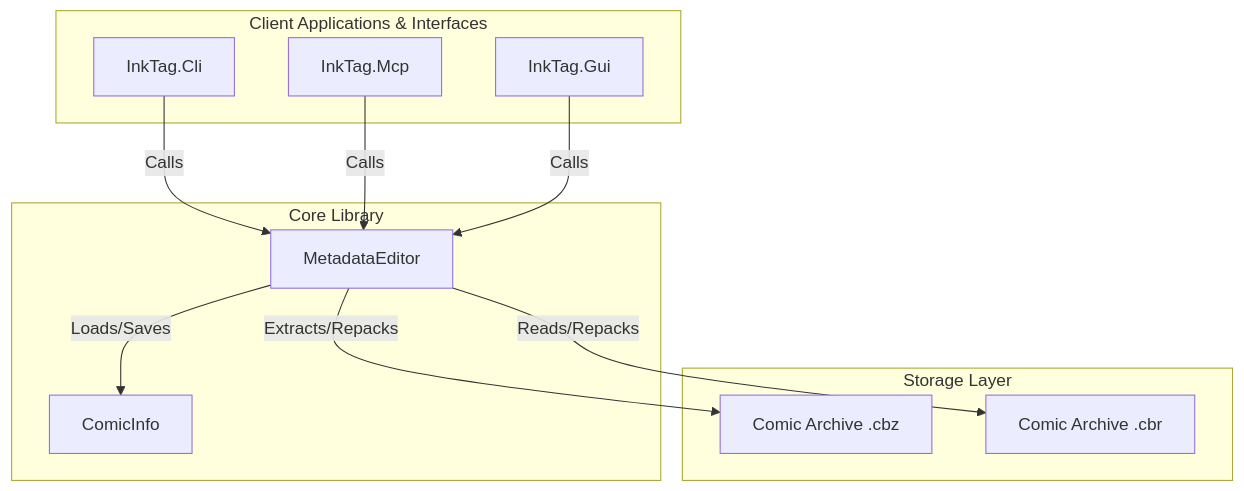
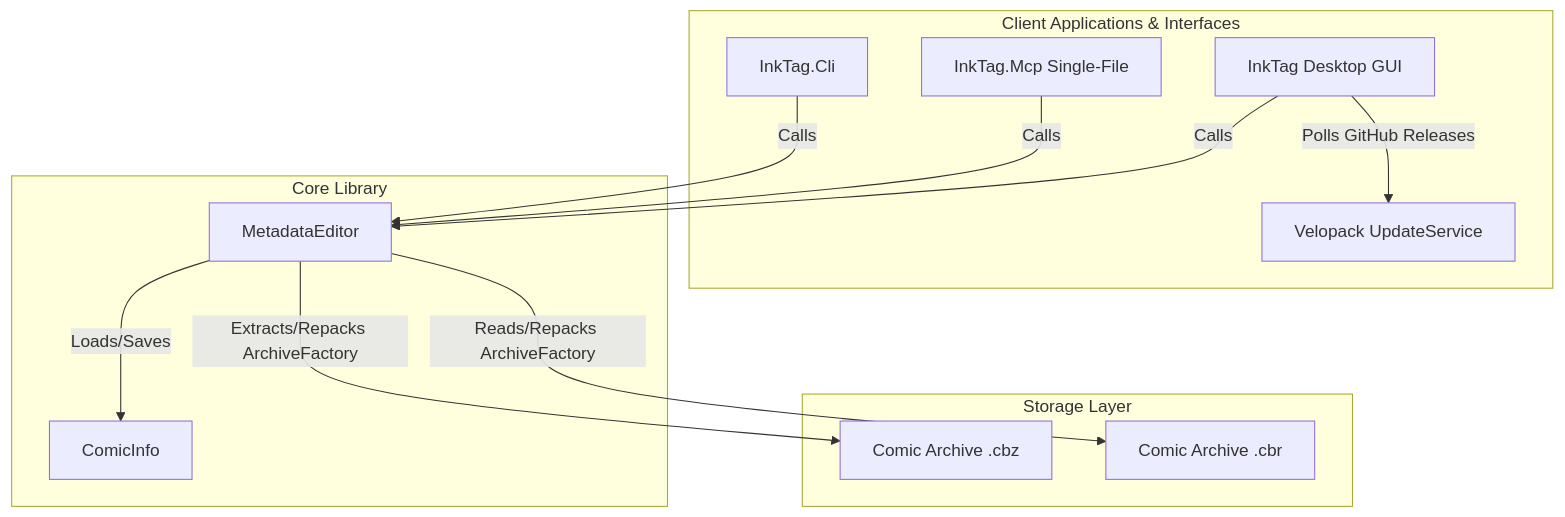
Before and after one commit to aurora7795/ComicMetadataEditor: the diagram in docs/wiki/architecture.md, drawn with Mermaid. The commit also changed other lines of this file and 3 other files, not shown here.

Commit message:
docs: update README.md and project wiki for Velopack auto-updater, ArchiveFactory.OpenArchive, and InkTag Desktop branding

````diff
--- a/docs/wiki/architecture.md
+++ b/docs/wiki/architecture.md
@@ -16,25 +16,27 @@
 ```mermaid
 graph TD
     subgraph Client Applications & Interfaces
         CLI[InkTag.Cli]
-        MCP[InkTag.Mcp]
-        GUI[InkTag.Gui]
+        MCP[InkTag.Mcp Single-File]
+        GUI[InkTag Desktop GUI]
+        UPD[Velopack UpdateService]
     end
 
     subgraph Core Library
         ME[MetadataEditor]
         CI[ComicInfo]
     end
 
     subgraph Storage Layer
         CBZ[Comic Archive .cbz]
         CBR[Comic Archive .cbr]
     end
 
     CLI -->|Calls| ME
     MCP -->|Calls| ME
     GUI -->|Calls| ME
+    GUI -->|Polls GitHub Releases| UPD
     ME -->|Loads/Saves| CI
-    ME -->|Extracts/Repacks| CBZ
-    ME -->|Reads/Repacks| CBR
+    ME -->|Extracts/Repacks ArchiveFactory| CBZ
+    ME -->|Reads/Repacks ArchiveFactory| CBR
 ```
````
